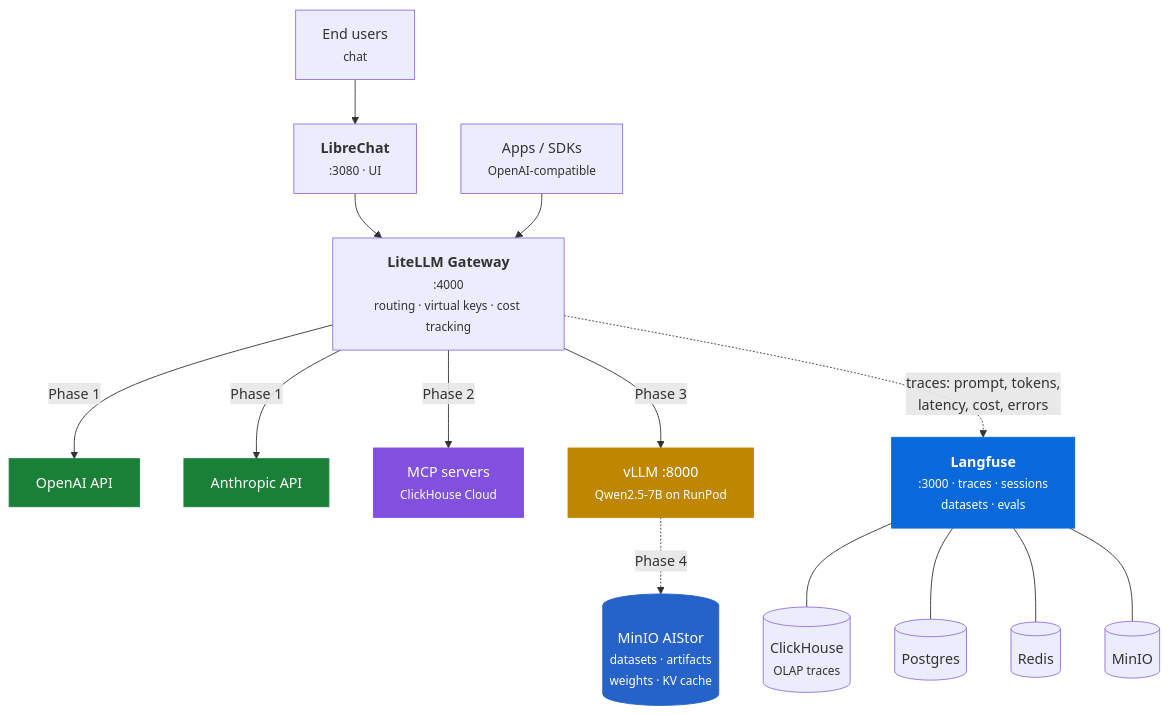
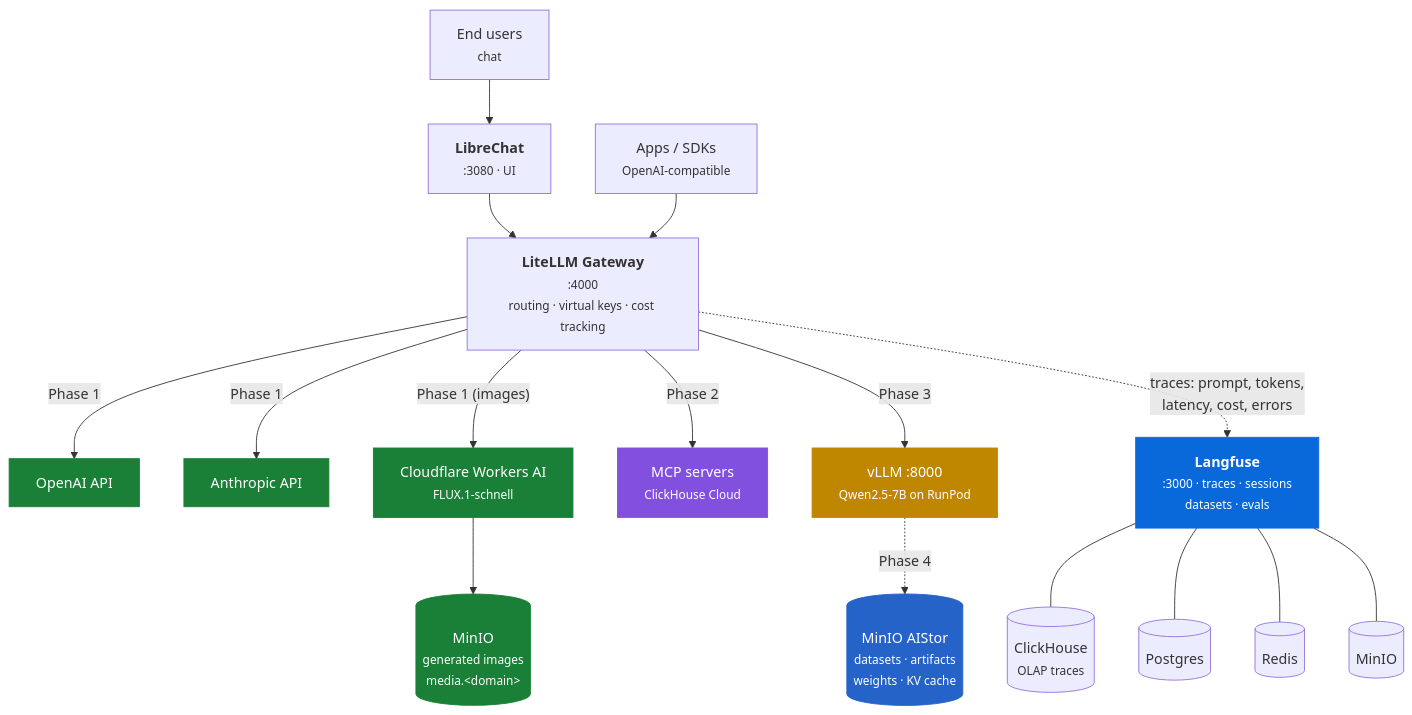
The first of 2 diagrams in docs/index.md (litkhai/llmops-in-a-box), drawn with Mermaid before and after one commit. The commit also changed other lines of this file, not shown here.

First line of the commit message:
Update docs/index.md to reflect image generation in Phase 1

````diff
--- a/docs/index.md
+++ b/docs/index.md
@@ -120,46 +120,50 @@
 ```mermaid
 flowchart TB
     U1["End users<br/><small>chat</small>"]
     U2["Apps / SDKs<br/><small>OpenAI-compatible</small>"]
 
     LC["<b>LibreChat</b><br/><small>:3080 · UI</small>"]
     GW["<b>LiteLLM Gateway</b><br/><small>:4000</small><br/><small>routing · virtual keys · cost tracking</small>"]
 
     OA["OpenAI API"]
     AN["Anthropic API"]
+    CF["Cloudflare Workers AI<br/><small>FLUX.1-schnell</small>"]
+    IMGMI[("MinIO<br/><small>generated images<br/>media.&lt;domain&gt;</small>")]
     MCP["MCP servers<br/><small>ClickHouse Cloud</small>"]
     VL["vLLM :8000<br/><small>Qwen2.5-7B on RunPod</small>"]
 
     LF["<b>Langfuse</b><br/><small>:3000 · traces · sessions<br/>datasets · evals</small>"]
     CH[("ClickHouse<br/><small>OLAP traces</small>")]
     PG[("Postgres")]
     RD[("Redis")]
     MI[("MinIO")]
     ST[("MinIO AIStor<br/><small>datasets · artifacts<br/>weights · KV cache</small>")]
 
     U1 --> LC --> GW
     U2 --> GW
 
     GW -->|Phase 1| OA
     GW -->|Phase 1| AN
+    GW -->|"Phase 1 (images)"| CF
+    CF --> IMGMI
     GW -->|Phase 2| MCP
     GW -->|Phase 3| VL
     VL -.->|Phase 4| ST
 
     GW -.->|"traces: prompt, tokens,<br/>latency, cost, errors"| LF
     LF --- CH
     LF --- PG
     LF --- RD
     LF --- MI
 
     classDef p1 fill:#1a7f37,stroke:#1a7f37,color:#fff
     classDef p2 fill:#8250df,stroke:#8250df,color:#fff
     classDef p3 fill:#bf8700,stroke:#bf8700,color:#fff
     classDef p4 fill:#2563c9,stroke:#2563c9,color:#fff
     classDef obs fill:#0969da,stroke:#0969da,color:#fff
-    class OA,AN p1
+    class OA,AN,CF,IMGMI p1
     class MCP p2
     class VL p3
     class ST p4
     class LF obs
 ```
````
